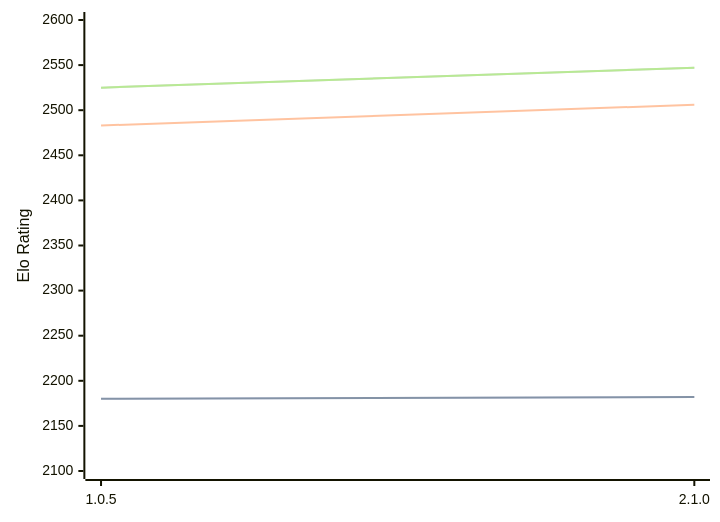
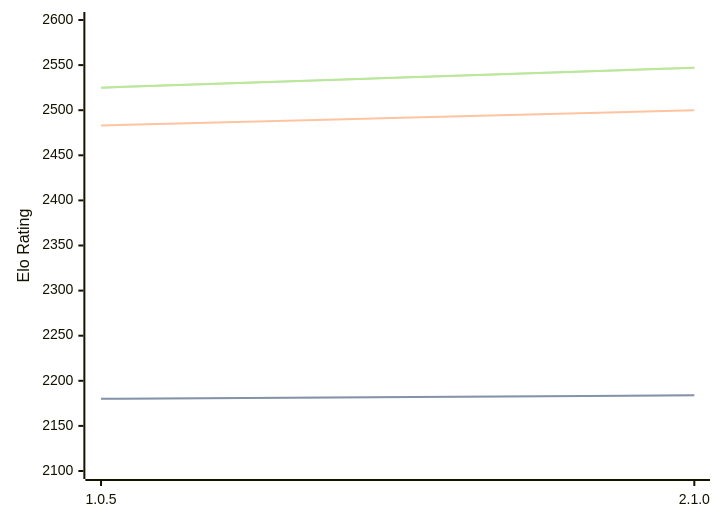
One commit to computer-chess-index/cci changed the diagram in engines/Ruffian.md. Above: the diagram before and after it, drawn with Mermaid. The commit also changed other lines of this file, not shown here.

Commit message:
Update CCI Ratings (ELO VLTC) - 2026-04-21

````diff
--- a/engines/Ruffian.md
+++ b/engines/Ruffian.md
@@ -32,11 +32,11 @@
 ```mermaid
 %%{init: {"theme":"base","themeVariables":{"seriesColors:['#a3a3a3','#222221','#faa371']}}}%%
 xychart-beta
   x-axis ["1.0.5", "2.1.0"]
   y-axis "Elo Rating" 2100 --> 2600
-  line "STC (8.0+0.08s)" [2180, 2182]
-  line "STC (8.0+0.08s)" [2180, 2182]
-  line "LTC (60.0+0.60s)" [2483, 2506]
+  line "STC (8.0+0.08s)" [2180, 2184]
+  line "STC (8.0+0.08s)" [2180, 2184]
+  line "LTC (60.0+0.60s)" [2483, 2500]
   line "VLTC (2m24s+1.12s)" [2525, 2547]
   line "VLTC (2m24s+1.12s)" [2525, 2547]
 ```
````
